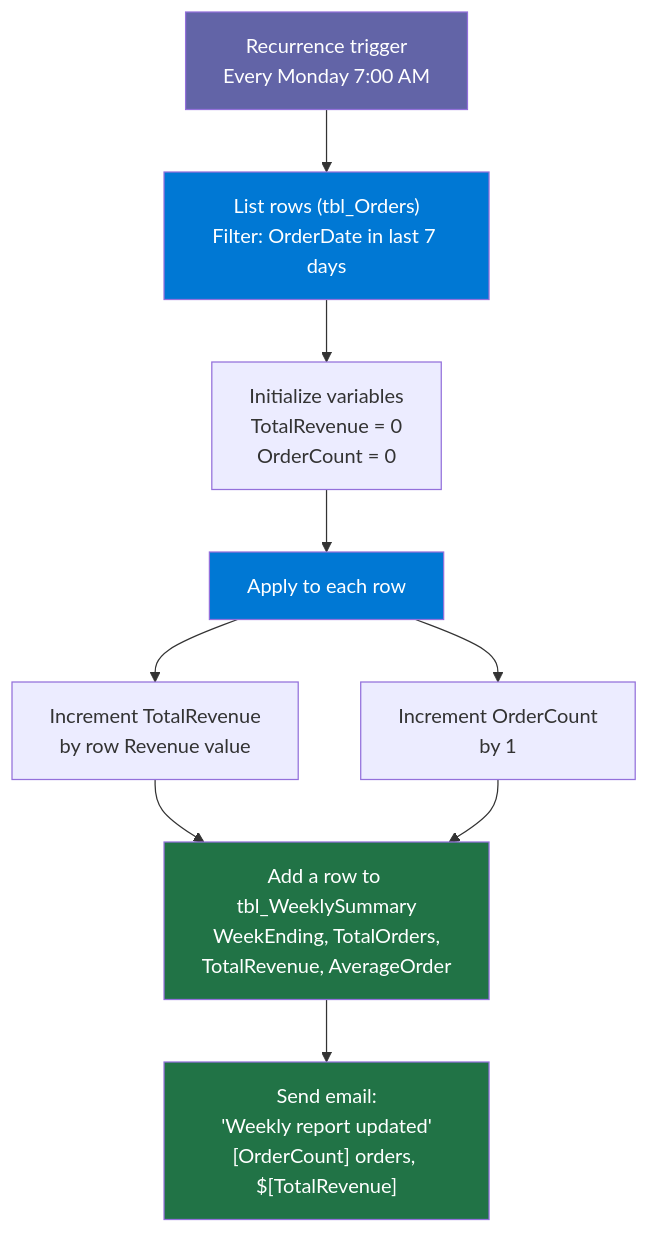
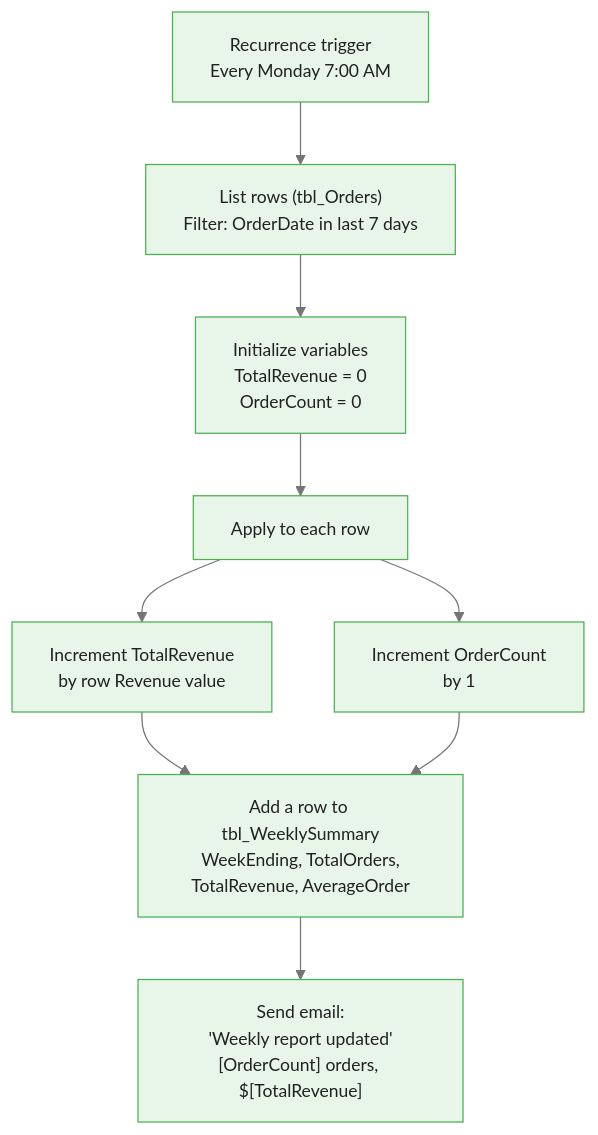
The fifth of 7 diagrams in courses/power-automate/modules/module_05_sharepoint_excel/guides/02_excel_integration_slides.md (m-deane/course-creator), drawn with Mermaid before and after one commit. The commit also changed other lines of this file and 72 other files, not shown here.

````diff
--- a/courses/power-automate/modules/module_05_sharepoint_excel/guides/02_excel_integration_slides.md
+++ b/courses/power-automate/modules/module_05_sharepoint_excel/guides/02_excel_integration_slides.md
@@ -154,17 +175,13 @@
 ```mermaid
+%%{init: {"theme": "base", "themeVariables": {"primaryColor": "#e8f5e9", "primaryBorderColor": "#4caf50", "primaryTextColor": "#212121", "secondaryColor": "#e3f2fd", "tertiaryColor": "#fff8e1", "lineColor": "#757575", "fontFamily": "Inter, sans-serif", "fontSize": "14px"}}}%%
 graph TD
     T["Recurrence trigger\nEvery Monday 7:00 AM"]
     T --> LR["List rows (tbl_Orders)\nFilter: OrderDate in last 7 days"]
     LR --> IV["Initialize variables\nTotalRevenue = 0\nOrderCount = 0"]
     IV --> AE["Apply to each row"]
     AE --> IC["Increment TotalRevenue\nby row Revenue value"]
     AE --> IO["Increment OrderCount\nby 1"]
     IC --> AR["Add a row to tbl_WeeklySummary\nWeekEnding, TotalOrders,\nTotalRevenue, AverageOrder"]
     IO --> AR
     AR --> SE["Send email:\n'Weekly report updated'\n[OrderCount] orders, $[TotalRevenue]"]
-    style T fill:#6264A7,color:#fff
-    style LR fill:#0078D4,color:#fff
-    style AE fill:#0078D4,color:#fff
-    style AR fill:#217346,color:#fff
-    style SE fill:#217346,color:#fff
 ```
````
